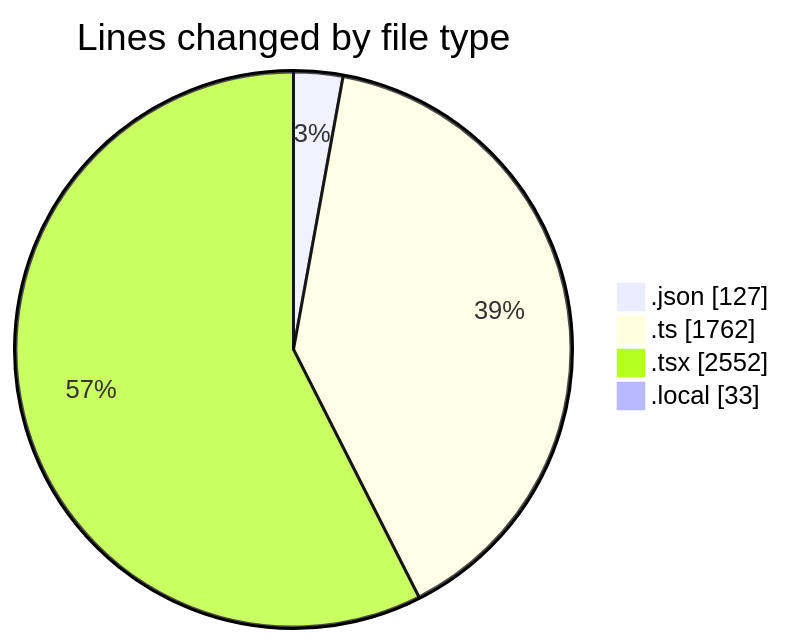
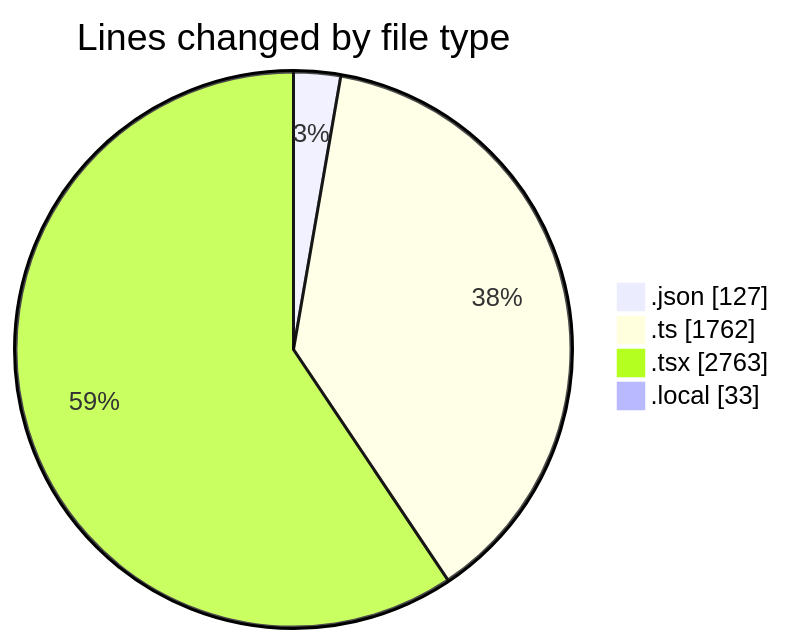
Before and after one commit to julien-gomy/code-tracking: the first of 2 diagrams in 2025-11-12/eventscop-frontend-guide__workspace_/README.md, drawn with Mermaid. The commit also changed other lines of this file and 1 other file, not shown here.

````diff
--- a/2025-11-12/eventscop-frontend-guide__workspace_/README.md
+++ b/2025-11-12/eventscop-frontend-guide__workspace_/README.md
@@ -47,8 +48,8 @@
 ```mermaid
 pie showData
 title Lines changed by file type
 ".json" : 127
 ".ts" : 1762
-".tsx" : 2552
+".tsx" : 2763
 ".local" : 33
 ```
````
